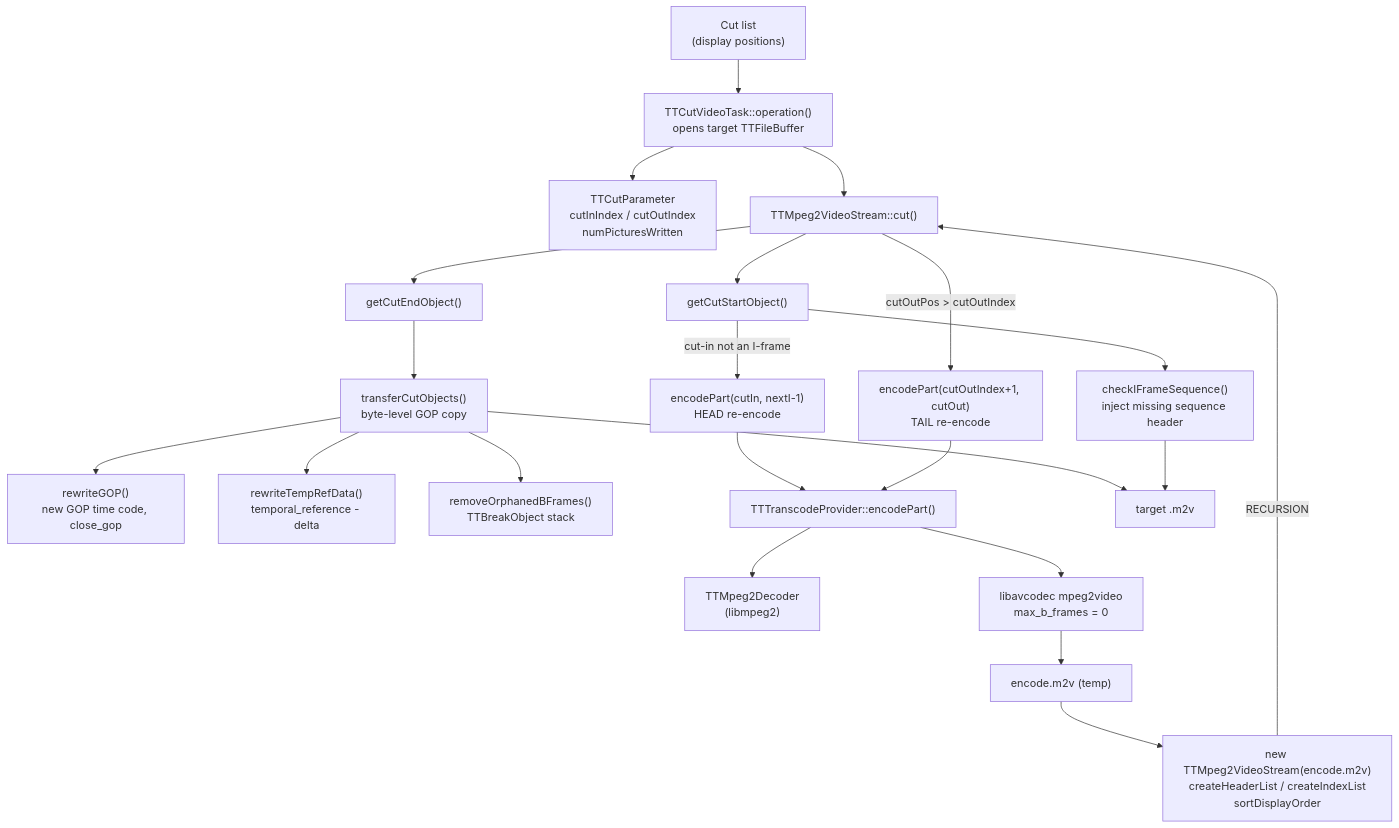
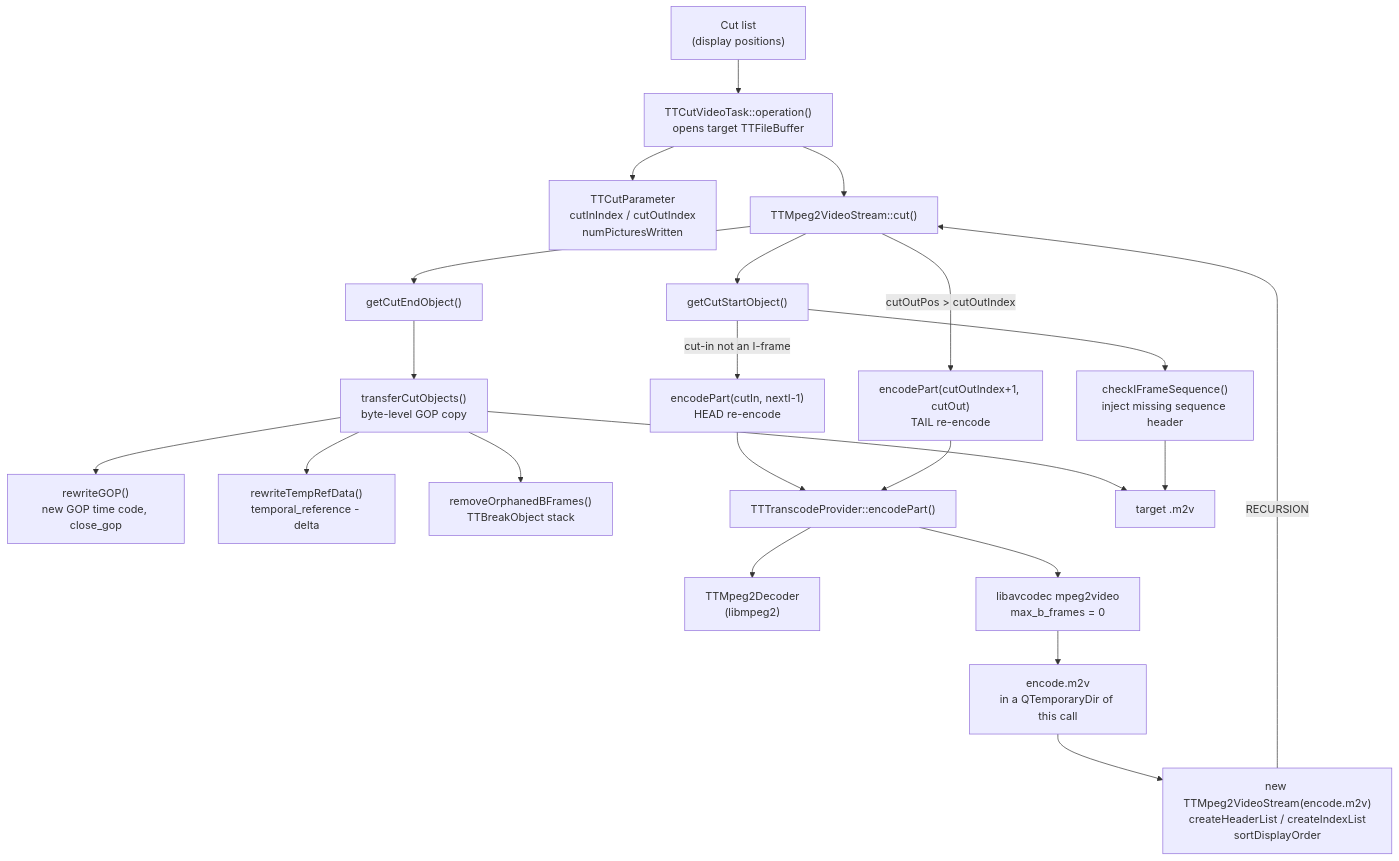
Before and after one commit to MINIXJR/TTCut-ng: the diagram in docs/code-map/mpeg2-cut.md, drawn with Mermaid. The commit also changed other lines of this file and 3 other files, not shown here.

````diff
--- a/docs/code-map/mpeg2-cut.md
+++ b/docs/code-map/mpeg2-cut.md
@@ -51,29 +51,29 @@
 ```mermaid
 flowchart TD
     UI["Cut list<br/>(display positions)"] --> CVT["TTCutVideoTask::operation()<br/>opens target TTFileBuffer"]
     CVT --> CP["TTCutParameter<br/>cutInIndex / cutOutIndex<br/>numPicturesWritten"]
     CVT --> CUT["TTMpeg2VideoStream::cut()"]
 
     CUT --> GCS["getCutStartObject()"]
     GCS -->|"cut-in not an I-frame"| EP1["encodePart(cutIn, nextI-1)<br/>HEAD re-encode"]
     GCS --> CIF["checkIFrameSequence()<br/>inject missing sequence header"]
     CUT --> GCE["getCutEndObject()"]
     GCE --> TCO["transferCutObjects()<br/>byte-level GOP copy"]
 
     TCO --> RG["rewriteGOP()<br/>new GOP time code, close_gop"]
     TCO --> RTR["rewriteTempRefData()<br/>temporal_reference - delta"]
     TCO --> ROB["removeOrphanedBFrames()<br/>TTBreakObject stack"]
 
     CUT -->|"cutOutPos > cutOutIndex"| EP2["encodePart(cutOutIndex+1, cutOut)<br/>TAIL re-encode"]
 
     EP1 --> TP["TTTranscodeProvider::encodePart()"]
     EP2 --> TP
     TP --> DEC["TTMpeg2Decoder<br/>(libmpeg2)"]
     TP --> ENC["libavcodec mpeg2video<br/>max_b_frames = 0"]
-    ENC --> TMP["encode.m2v (temp)"]
+    ENC --> TMP["encode.m2v<br/>in a QTemporaryDir of this call"]
     TMP --> REC["new TTMpeg2VideoStream(encode.m2v)<br/>createHeaderList / createIndexList<br/>sortDisplayOrder"]
     REC -->|"RECURSION"| CUT
 
     TCO --> OUT["target .m2v"]
     CIF --> OUT
 ```
````
